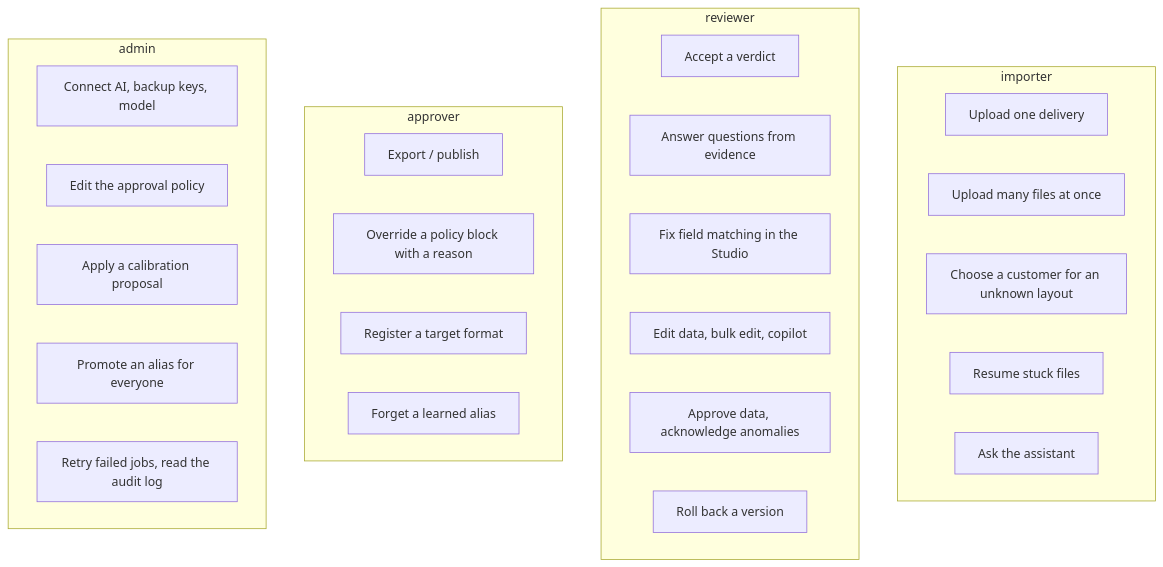
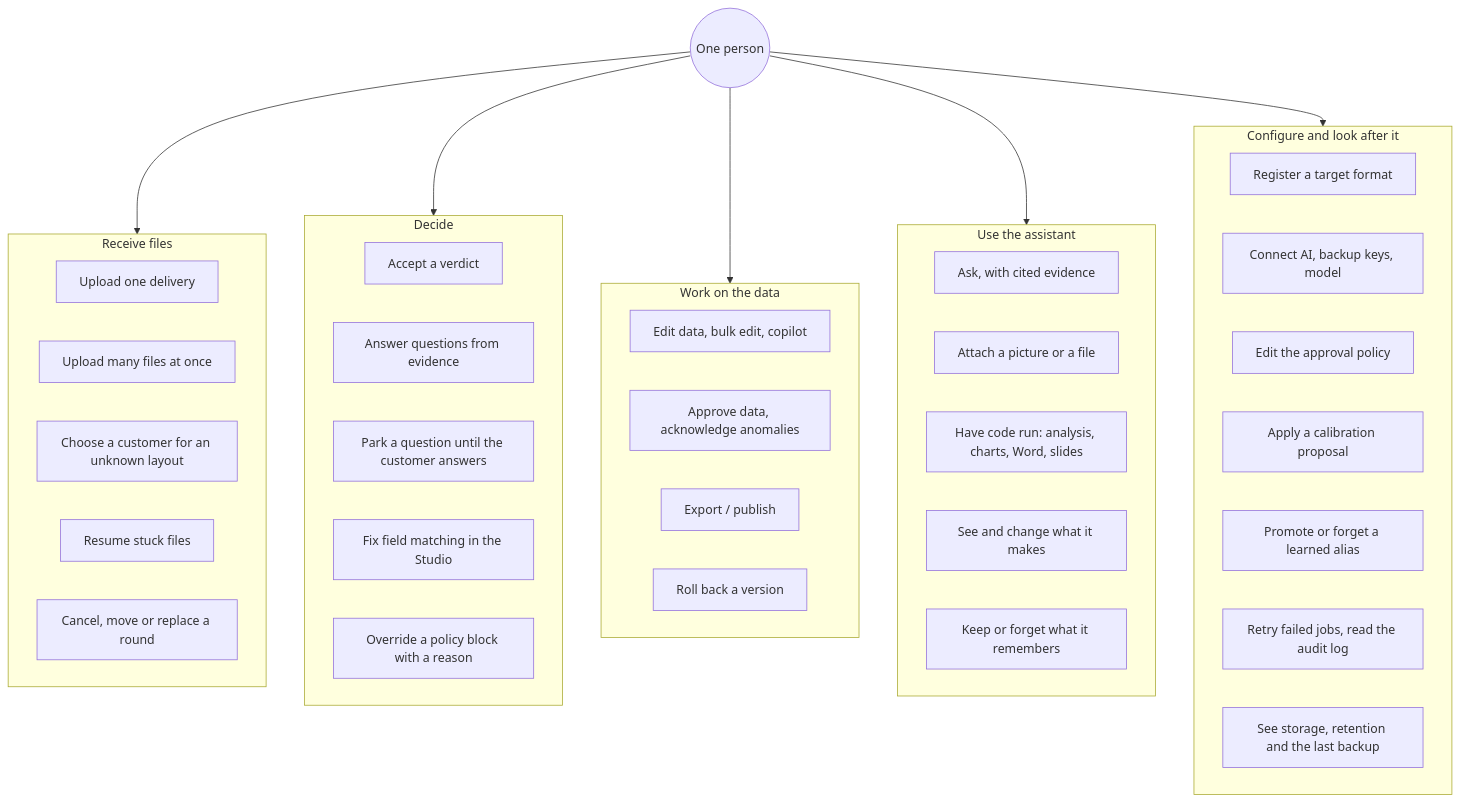
Before and after one commit to BeatChalongrat/Forma: the second of 20 diagrams in docs/SYSTEM_FLOWS.md, drawn with Mermaid. The commit also changed other lines of this file and 11 other files, not shown here.

First line of the commit message:
docs: flows and stories for one person on one machine

````diff
--- a/docs/SYSTEM_FLOWS.md
+++ b/docs/SYSTEM_FLOWS.md
@@ -25,31 +31,45 @@
 ```mermaid
 flowchart TB
-  subgraph importer
+  P((One person))
+  P --> receive
+  P --> decide
+  P --> data
+  P --> assistant
+  P --> care
+  subgraph receive [Receive files]
     UC1[Upload one delivery]
     UC2[Upload many files at once]
     UC3[Choose a customer for an unknown layout]
     UC4[Resume stuck files]
-    UC5[Ask the assistant]
+    UC5[Cancel, move or replace a round]
   end
-  subgraph reviewer
+  subgraph decide [Decide]
     UC6[Accept a verdict]
     UC7[Answer questions from evidence]
-    UC8[Fix field matching in the Studio]
-    UC9[Edit data, bulk edit, copilot]
-    UC10[Approve data, acknowledge anomalies]
-    UC11[Roll back a version]
+    UC8[Park a question until the customer answers]
+    UC9[Fix field matching in the Studio]
+    UC10[Override a policy block with a reason]
   end
-  subgraph approver
-    UC12[Export / publish]
-    UC13[Override a policy block with a reason]
-    UC14[Register a target format]
-    UC15[Forget a learned alias]
+  subgraph data [Work on the data]
+    UC11[Edit data, bulk edit, copilot]
+    UC12[Approve data, acknowledge anomalies]
+    UC13[Export / publish]
+    UC14[Roll back a version]
   end
-  subgraph admin
-    UC16[Connect AI, backup keys, model]
-    UC17[Edit the approval policy]
-    UC18[Apply a calibration proposal]
-    UC19[Promote an alias for everyone]
-    UC20[Retry failed jobs, read the audit log]
+  subgraph assistant [Use the assistant]
+    UC15[Ask, with cited evidence]
+    UC16[Attach a picture or a file]
+    UC17[Have code run: analysis, charts, Word, slides]
+    UC18[See and change what it makes]
+    UC19[Keep or forget what it remembers]
+  end
+  subgraph care [Configure and look after it]
+    UC20[Register a target format]
+    UC21[Connect AI, backup keys, model]
+    UC22[Edit the approval policy]
+    UC23[Apply a calibration proposal]
+    UC24[Promote or forget a learned alias]
+    UC25[Retry failed jobs, read the audit log]
+    UC26[See storage, retention and the last backup]
   end
 ```
````
